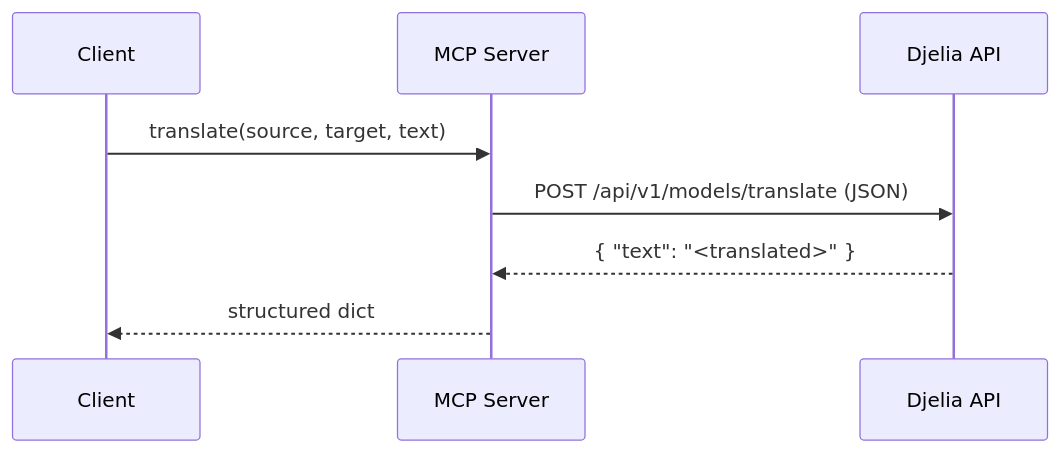
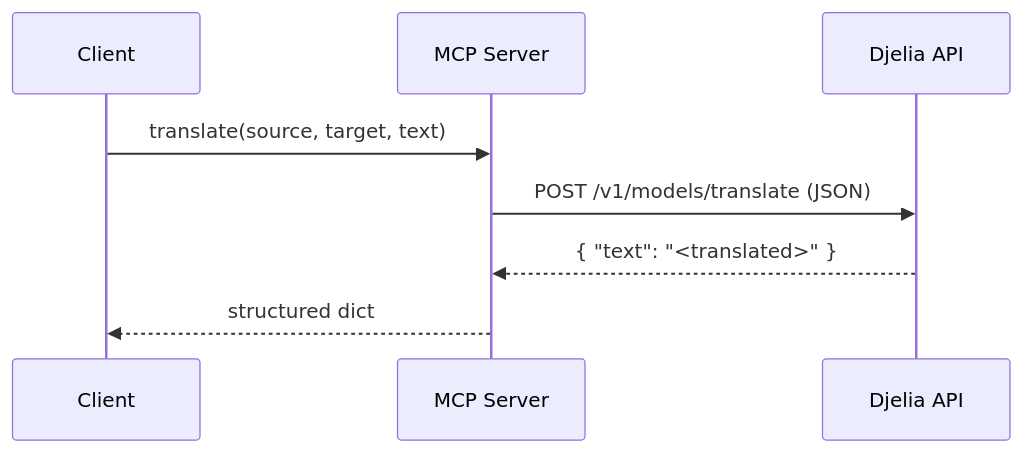
Before and after one commit to djelia-org/djelia-mcp-server: the third of 6 diagrams in README.md, drawn with Mermaid. The commit also changed other lines of this file and 1 other file, not shown here.

Commit message:
fix: call the api under /v1, the canonical path on api.djelia.cloud

````diff
--- a/README.md
+++ b/README.md
@@ -86,10 +86,10 @@
 ```mermaid
 sequenceDiagram
     participant C as Client
     participant S as MCP Server
     participant D as Djelia API
     C->>S: translate(source, target, text)
-    S->>D: POST /api/v1/models/translate (JSON)
+    S->>D: POST /v1/models/translate (JSON)
     D-->>S: { "text": "<translated>" }
     S-->>C: structured dict
 ```
````
